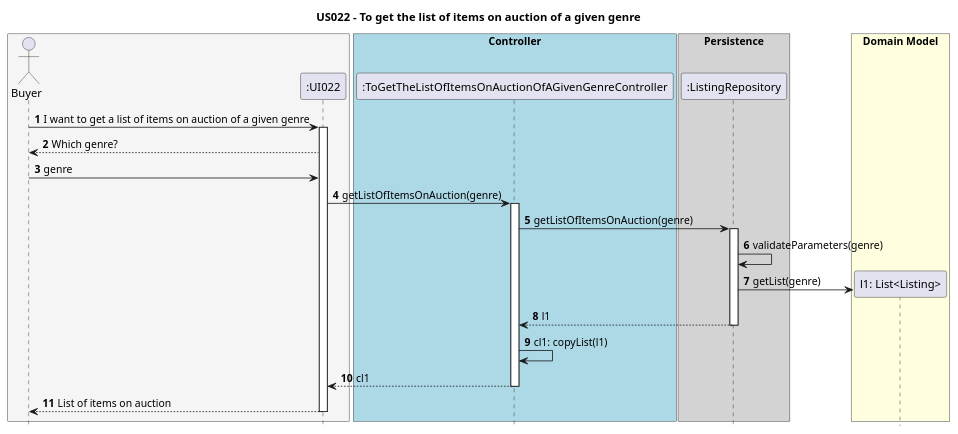
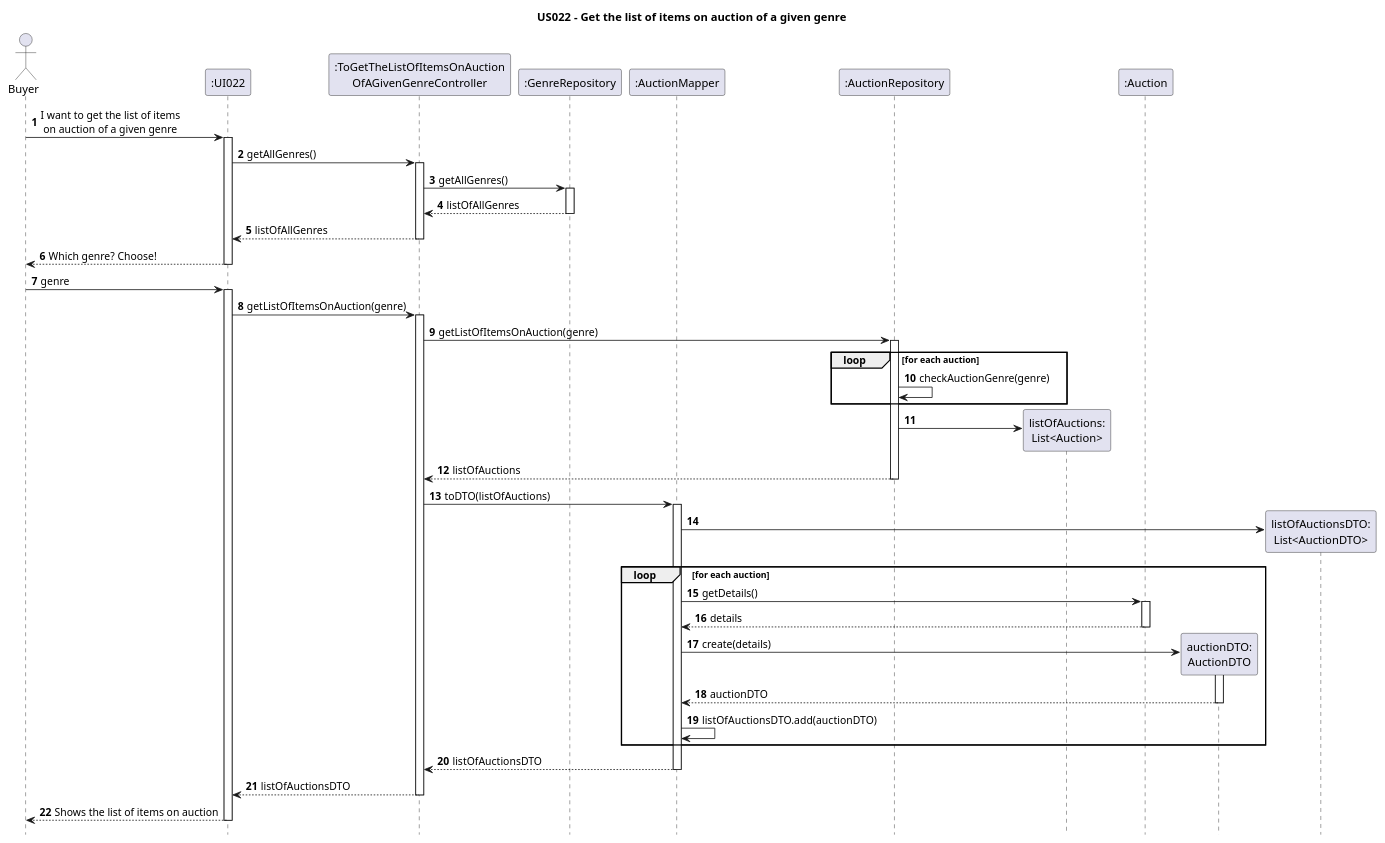
The diagram in Diagrams/SequenceDiagrams/N2/US022-to-get-the-list-of-items-on-auction-of-a-given-genre.puml (AndrePereiraGitH/SWitCH-Project-Team_A), drawn with PlantUML before and after one commit. The commit also changed 5 other files, not shown here.

```diff
--- a/Diagrams/SequenceDiagrams/N2/US022-to-get-the-list-of-items-on-auction-of-a-given-genre.puml
+++ b/Diagrams/SequenceDiagrams/N2/US022-to-get-the-list-of-items-on-auction-of-a-given-genre.puml
@@ -1,49 +1,81 @@
 @startuml
+autonumber
+hide footbox
+title US022 - Get the list of items on auction of a given genre
 
-hide footbox
-autonumber
-title US022 - To get the list of items on auction of a given genre
+actor Buyer
 
-box #WhiteSmoke
-actor Buyer
-participant ":UI022" as UI022
-end box
+' Participants
+participant ":UI022" as UI
+participant ":ToGetTheListOfItemsOnAuction\nOfAGivenGenreController" as Ctrl
+participant ":GenreRepository" as GenreRepo
+participant ":AuctionMapper" as Mapper
+participant ":AuctionRepository" as AuctionRepo
+participant "listOfAuctions:\nList<Auction>" as ListAuc
+participant ":Auction" as AuctionDomain
+participant "auctionDTO:\nAuctionDTO" as DTO
+participant "listOfAuctionsDTO:\nList<AuctionDTO>" as ListDTO
 
-Buyer -> UI022 : I want to get a list of items on auction of a given genre
-activate UI022
-UI022 --> Buyer : Which genre?
-Buyer -> UI022 : genre
+' Interactions
+Buyer -> UI : I want to get the list of items\n on auction of a given genre
+activate UI
 
-box "Controller" #LightBlue
-participant ":ToGetTheListOfItemsOnAuctionOfAGivenGenreController" as ToGetTheListOfItemsOnAuctionOfAGivenGenreController
-end box
+UI -> Ctrl : getAllGenres()
+activate Ctrl
 
-UI022 -> ToGetTheListOfItemsOnAuctionOfAGivenGenreController: getListOfItemsOnAuction(genre)
-activate ToGetTheListOfItemsOnAuctionOfAGivenGenreController
+Ctrl -> GenreRepo : getAllGenres()
+activate GenreRepo
+GenreRepo --> Ctrl : listOfAllGenres
+deactivate GenreRepo
 
-box "Persistence" #LightGrey
-participant ":ListingRepository" as ListingRepository
-end box
+Ctrl --> UI : listOfAllGenres
+deactivate Ctrl
 
-ToGetTheListOfItemsOnAuctionOfAGivenGenreController-> ListingRepository : getListOfItemsOnAuction(genre)
-activate ListingRepository
+UI --> Buyer : Which genre? Choose!
+deactivate UI
 
-ListingRepository -> ListingRepository : validateParameters(genre)
+Buyer -> UI : genre
+activate UI
 
-box "Domain Model" #LightYellow
-create "l1: List<Listing>" as Listing
-ListingRepository -> Listing : getList(genre)
-end box
+UI -> Ctrl : getListOfItemsOnAuction(genre)
+activate Ctrl
 
-ListingRepository --> ToGetTheListOfItemsOnAuctionOfAGivenGenreController: l1
-deactivate ListingRepository
+Ctrl -> AuctionRepo : getListOfItemsOnAuction(genre)
+activate AuctionRepo
 
-ToGetTheListOfItemsOnAuctionOfAGivenGenreController-> ToGetTheListOfItemsOnAuctionOfAGivenGenreController: cl1: copyList(l1)
+loop for each auction
+    AuctionRepo -> AuctionRepo : checkAuctionGenre(genre)
+end
 
-ToGetTheListOfItemsOnAuctionOfAGivenGenreController--> UI022 : cl1
-deactivate ToGetTheListOfItemsOnAuctionOfAGivenGenreController
+AuctionRepo -> ListAuc ** :
+AuctionRepo --> Ctrl : listOfAuctions
+deactivate AuctionRepo
 
-UI022 --> Buyer : List of items on auction
-deactivate UI022
+Ctrl -> Mapper : toDTO(listOfAuctions)
+activate Mapper
+Mapper -> ListDTO ** :
+
+    loop for each auction
+        Mapper -> AuctionDomain : getDetails()
+        activate AuctionDomain
+        AuctionDomain --> Mapper : details
+        deactivate AuctionDomain
+
+        Mapper -> DTO ** : create(details)
+        activate DTO
+        DTO --> Mapper : auctionDTO
+        deactivate DTO
+
+        Mapper -> Mapper : listOfAuctionsDTO.add(auctionDTO)
+    end
+
+Mapper --> Ctrl : listOfAuctionsDTO
+deactivate Mapper
+
+Ctrl --> UI : listOfAuctionsDTO
+deactivate Ctrl
+
+UI --> Buyer : Shows the list of items on auction
+deactivate UI
 
 @enduml
```
